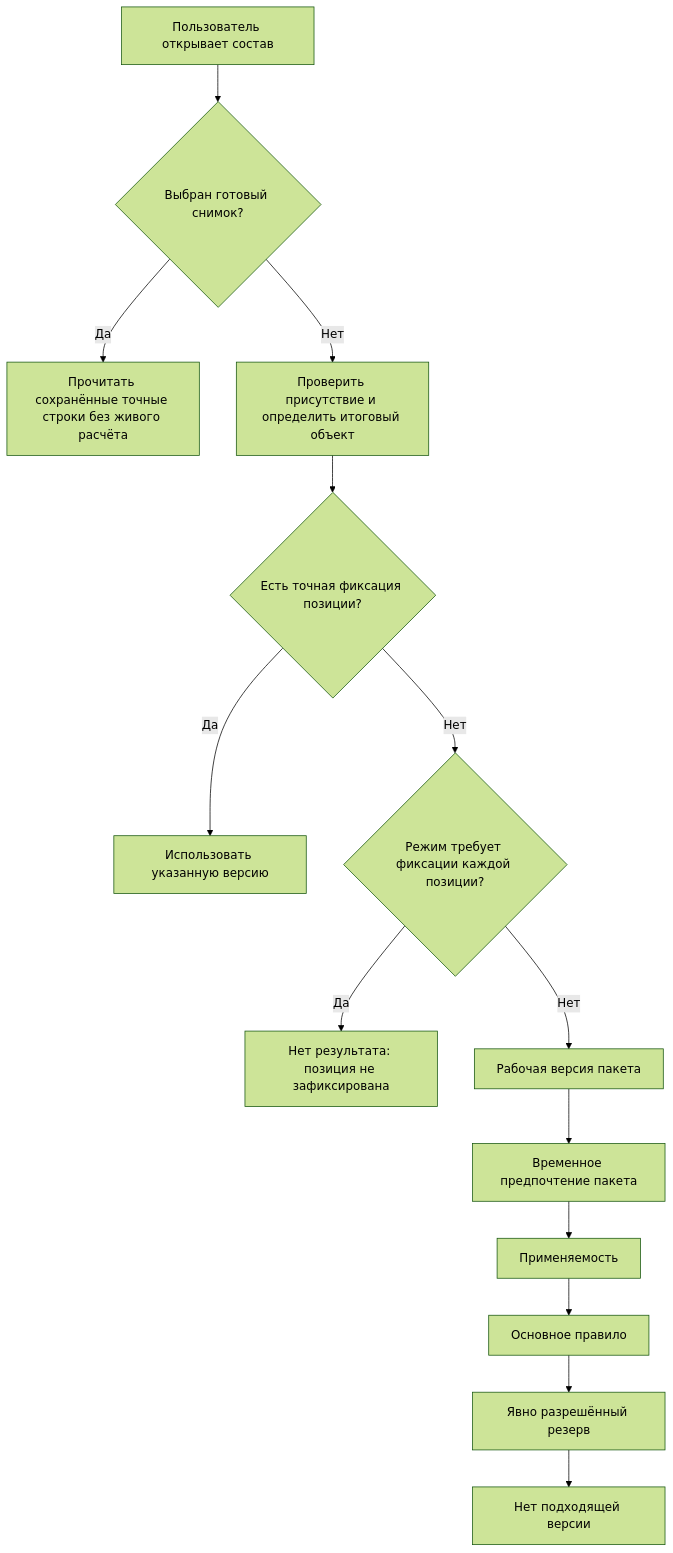
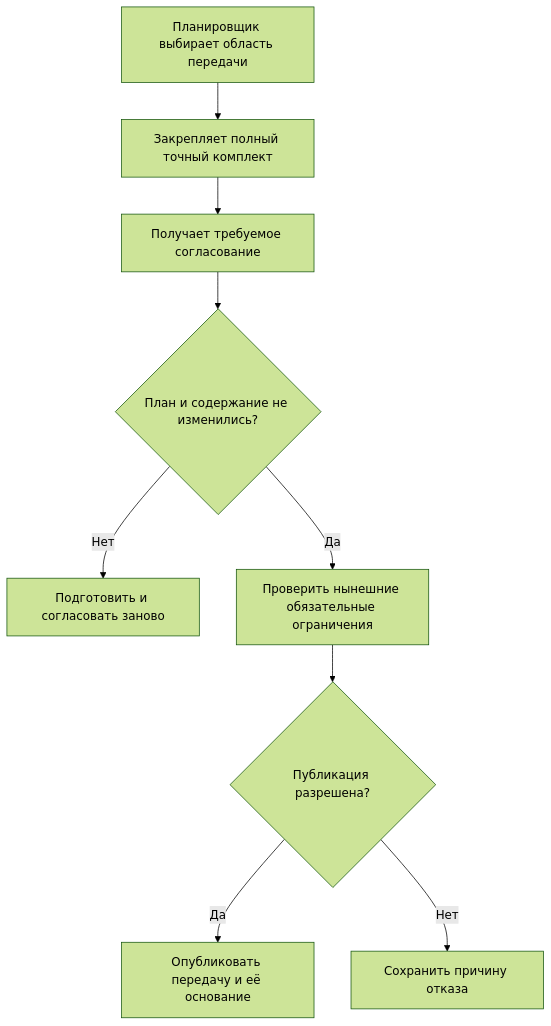
Before and after one commit to ZelAnton/Interlink-product-book: the third of 3 diagrams in docs/version-selection/17-end-to-end-resolution.md, drawn with Mermaid (forest theme). The commit also changed other lines of this file and 231 other files, not shown here.

````diff
--- a/docs/version-selection/17-end-to-end-resolution.md
+++ b/docs/version-selection/17-end-to-end-resolution.md
@@ -64,16 +139,11 @@
 ```mermaid
 flowchart TD
-    A["Пользователь открывает состав"] --> B{"Выбран готовый снимок?"}
-    B -->|"Да"| C["Прочитать сохранённые точные строки без живого расчёта"]
-    B -->|"Нет"| D["Проверить присутствие и определить итоговый объект"]
-    D --> E{"Есть точная фиксация позиции?"}
-    E -->|"Да"| F["Использовать указанную версию"]
-    E -->|"Нет"| G{"Режим требует фиксации каждой позиции?"}
-    G -->|"Да"| H["Нет результата: позиция не зафиксирована"]
-    G -->|"Нет"| I["Рабочая версия пакета"]
-    I --> J["Временное предпочтение пакета"]
-    J --> K["Применяемость"]
-    K --> L["Основное правило"]
-    L --> M["Явно разрешённый резерв"]
-    M --> N["Нет подходящей версии"]
+    A["Планировщик выбирает область передачи"] --> B["Закрепляет полный точный комплект"]
+    B --> C["Получает требуемое согласование"]
+    C --> D{"План и содержание не изменились?"}
+    D -->|"Нет"| E["Подготовить и согласовать заново"]
+    D -->|"Да"| F["Проверить нынешние обязательные ограничения"]
+    F --> G{"Публикация разрешена?"}
+    G -->|"Да"| H["Опубликовать передачу и её основание"]
+    G -->|"Нет"| I["Сохранить причину отказа"]
 ```
````
